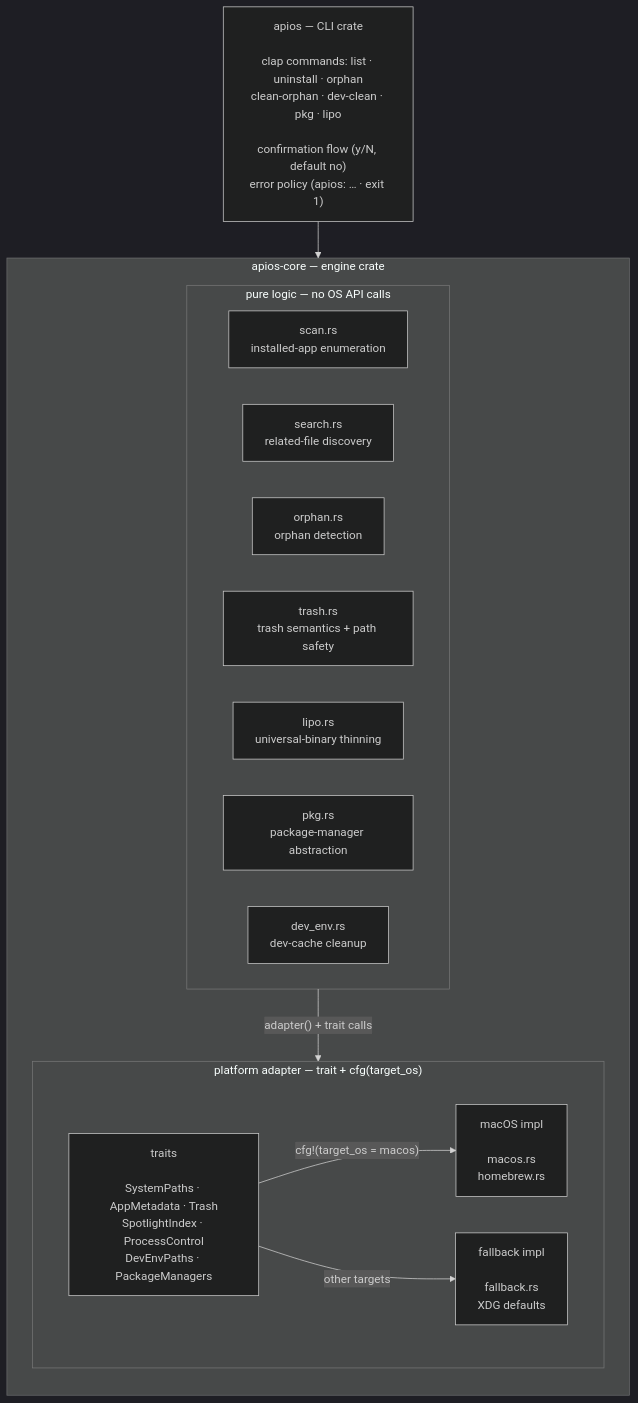
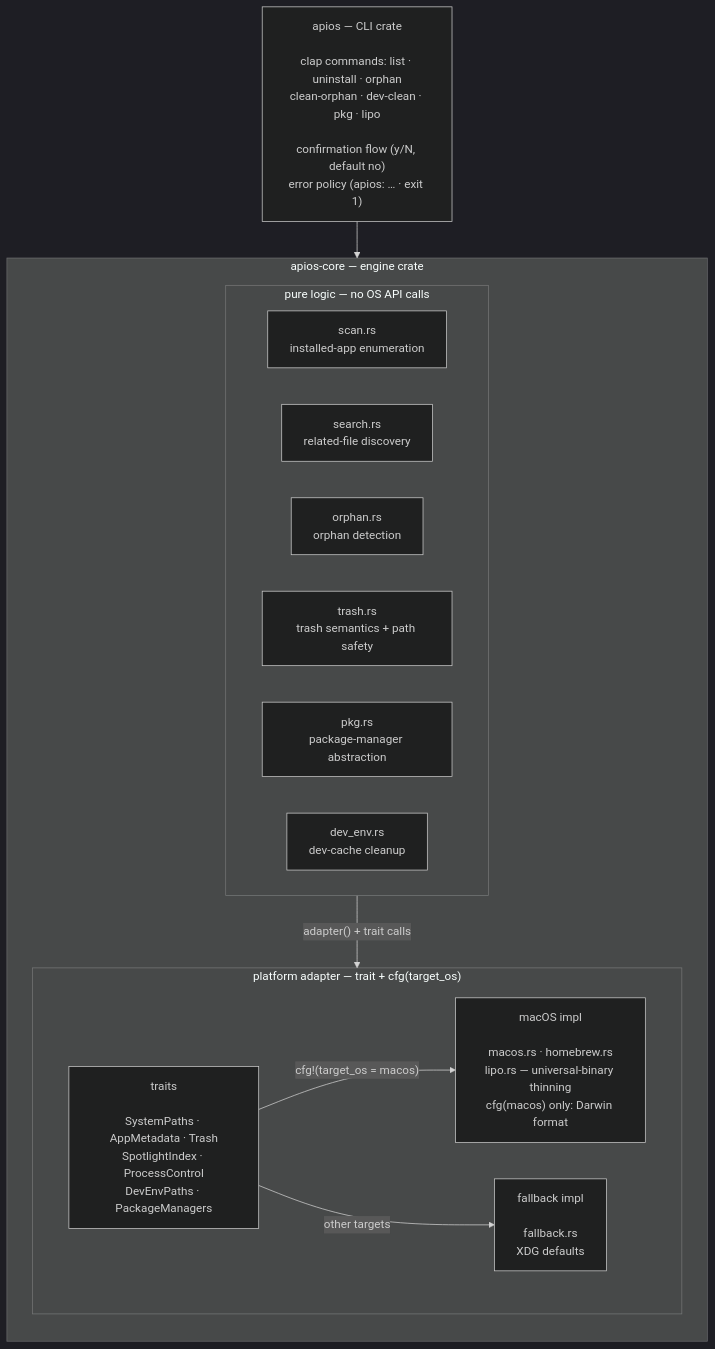
One commit to zixij644-elaborate/ApiosCleaner changed the diagram in docs/ARCHITECTURE.md. Above: the diagram before and after it, drawn with Mermaid (dark theme). The commit also changed other lines of this file and 5 other files, not shown here.

First line of the commit message:
Move lipo to the macOS platform layer (cfg-gated)

````diff
--- a/docs/ARCHITECTURE.md
+++ b/docs/ARCHITECTURE.md
@@ -9,31 +9,30 @@
 ```mermaid
 flowchart TB
     CLI["apios — CLI crate<br/><br/>clap commands: list · uninstall · orphan<br/>clean-orphan · dev-clean · pkg · lipo<br/><br/>confirmation flow (y/N, default no)<br/>error policy (apios: … · exit 1)"]
 
     subgraph CORE["apios-core — engine crate"]
         direction TB
 
         subgraph LOGIC["pure logic — no OS API calls"]
             direction LR
             SCAN["scan.rs<br/>installed-app enumeration"]
             SEARCH["search.rs<br/>related-file discovery"]
             ORPHAN["orphan.rs<br/>orphan detection"]
             TRASH["trash.rs<br/>trash semantics + path safety"]
-            LIPO["lipo.rs<br/>universal-binary thinning"]
             PKG["pkg.rs<br/>package-manager abstraction"]
             DEVENV["dev_env.rs<br/>dev-cache cleanup"]
         end
 
         subgraph ADAPTER["platform adapter — trait + cfg(target_os)"]
             direction LR
             TRAITS["traits<br/><br/>SystemPaths · AppMetadata · Trash<br/>SpotlightIndex · ProcessControl<br/>DevEnvPaths · PackageManagers"]
-            MAC["macOS impl<br/><br/>macos.rs<br/>homebrew.rs"]
+            MAC["macOS impl<br/><br/>macos.rs · homebrew.rs<br/>lipo.rs — universal-binary thinning<br/>cfg(macos) only: Darwin format"]
             FB["fallback impl<br/><br/>fallback.rs<br/>XDG defaults"]
         end
     end
 
     CLI --> CORE
     LOGIC -->|"adapter() + trait calls"| TRAITS
     TRAITS -->|"cfg!(target_os = macos)"| MAC
     TRAITS -->|"other targets"| FB
 ```
````
